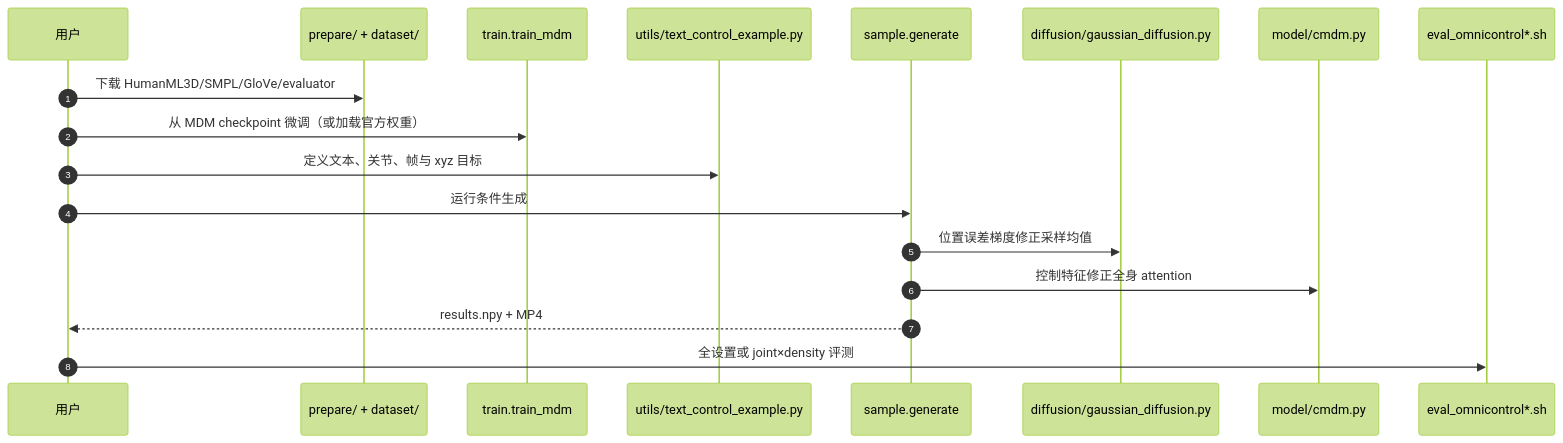
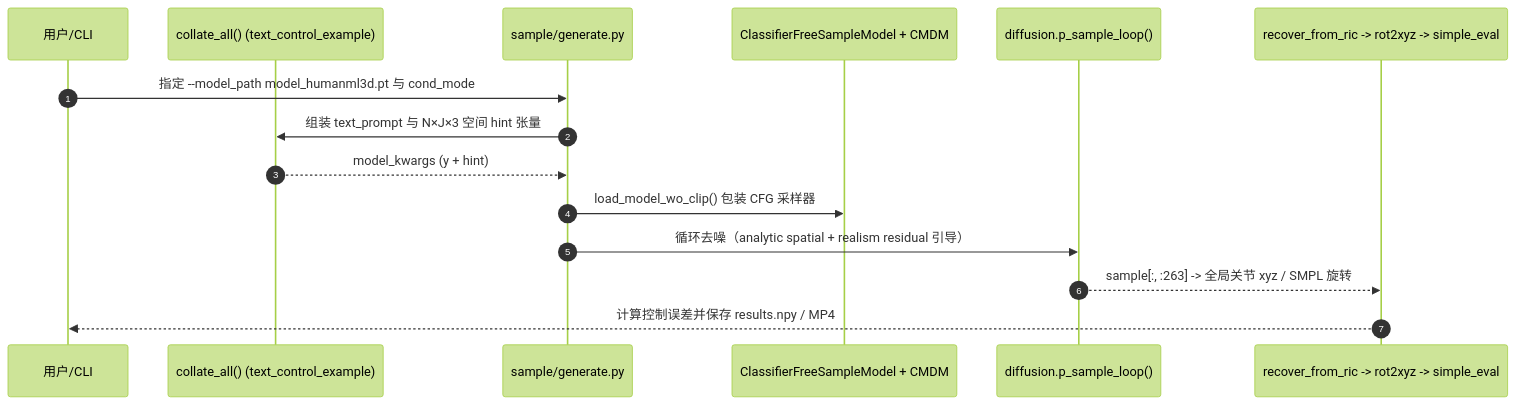
Before and after one commit to ImChong/Robotics_Notebooks: the second of 2 diagrams in wiki/entities/paper-notebook-omnicontrol-control-any-joint-at-any-time-for-hu.md, drawn with Mermaid (forest theme). The commit also changed other lines of this file and 70 other files, not shown here.

````diff
--- a/wiki/entities/paper-notebook-omnicontrol-control-any-joint-at-any-time-for-hu.md
+++ b/wiki/entities/paper-notebook-omnicontrol-control-any-joint-at-any-time-for-hu.md
@@ -109,21 +112,18 @@
 ```mermaid
 sequenceDiagram
   autonumber
-  participant U as 用户
-  participant Prep as prepare/ + dataset/
-  participant Train as train.train_mdm
-  participant Input as utils/text_control_example.py
-  participant Sample as sample.generate
-  participant Spatial as diffusion/gaussian_diffusion.py
-  participant Real as model/cmdm.py
-  participant Eval as eval_omnicontrol*.sh
+  participant U as 用户/CLI
+  participant Hint as collate_all() (text_control_example)
+  participant Sample as sample/generate.py
+  participant Model as ClassifierFreeSampleModel + CMDM
+  participant Diff as diffusion.p_sample_loop()
+  participant Post as recover_from_ric -> rot2xyz -> simple_eval
 
-  U->>Prep: 下载 HumanML3D/SMPL/GloVe/evaluator
-  U->>Train: 从 MDM checkpoint 微调（或加载官方权重）
-  U->>Input: 定义文本、关节、帧与 xyz 目标
-  U->>Sample: 运行条件生成
-  Sample->>Spatial: 位置误差梯度修正采样均值
-  Sample->>Real: 控制特征修正全身 attention
-  Sample-->>U: results.npy + MP4
-  U->>Eval: 全设置或 joint×density 评测
+  U->>Sample: 指定 --model_path model_humanml3d.pt 与 cond_mode
+  Sample->>Hint: 组装 text_prompt 与 N×J×3 空间 hint 张量
+  Hint-->>Sample: model_kwargs (y + hint)
+  Sample->>Model: load_model_wo_clip() 包装 CFG 采样器
+  Sample->>Diff: 循环去噪（analytic spatial + realism residual 引导）
+  Diff-->>Post: sample[:, :263] -> 全局关节 xyz / SMPL 旋转
+  Post-->>U: 计算控制误差并保存 results.npy / MP4
 ```
````
